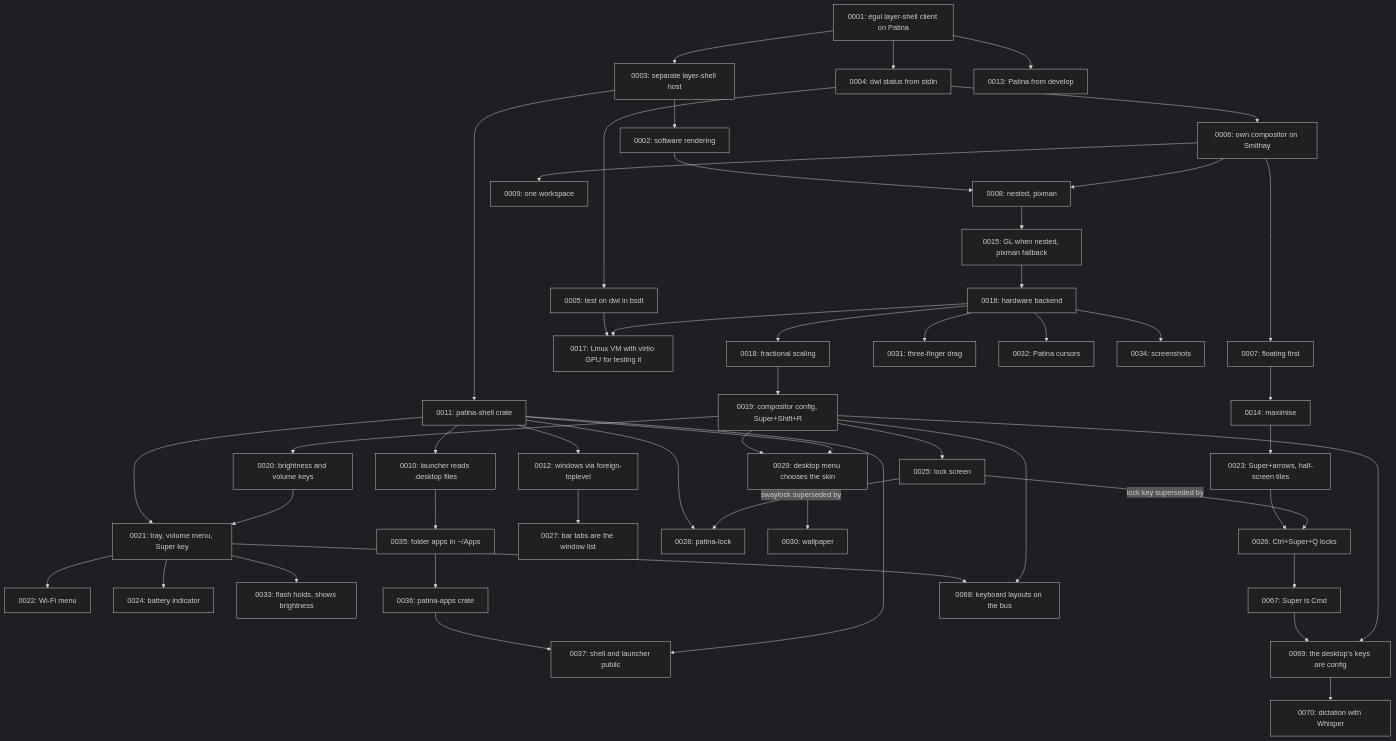
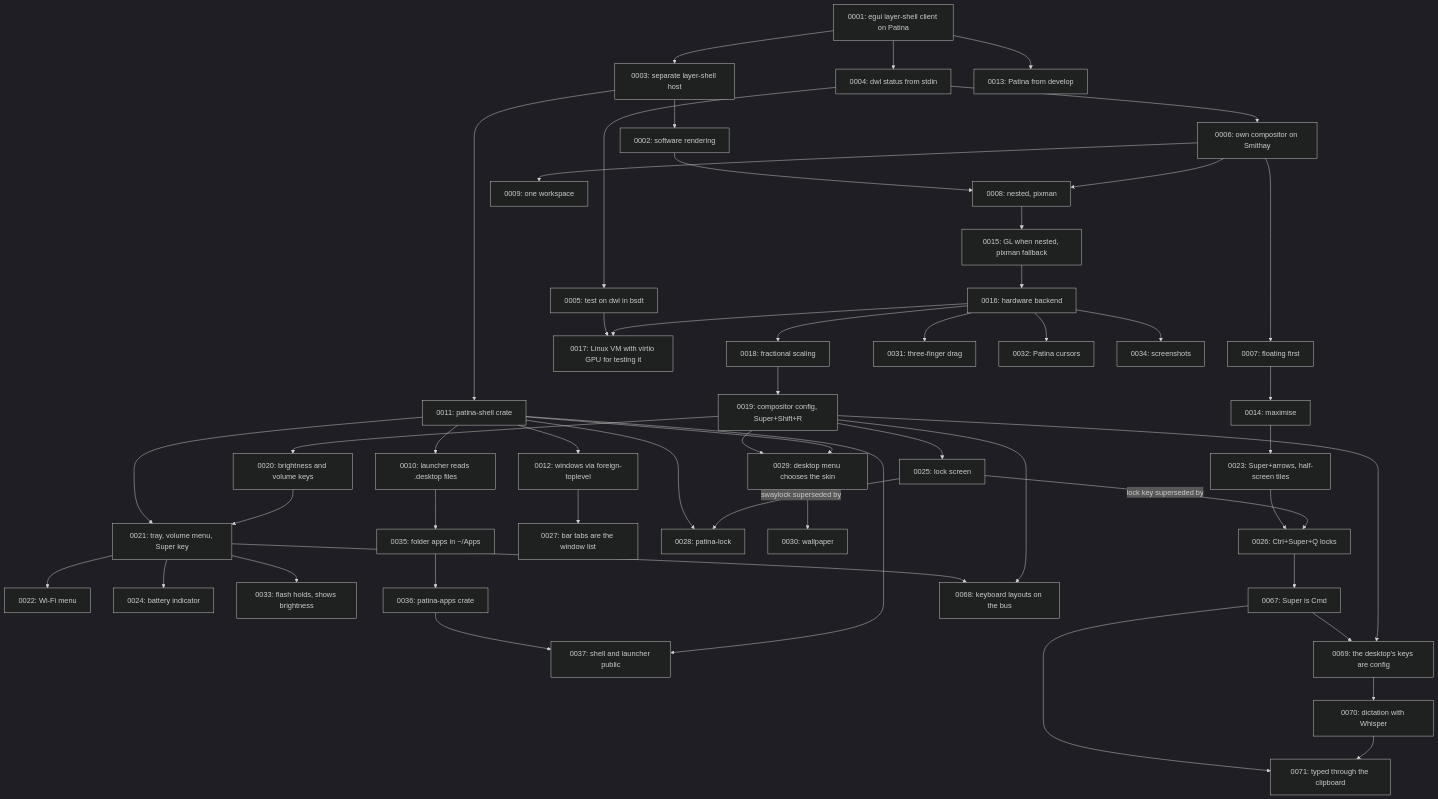
The diagram in docs/adr/README.md (Sector-F-Labs/patina-desktop), drawn with Mermaid (dark theme) before and after one commit. The commit also changed other lines of this file and 10 other files, not shown here.

First line of the commit message:
Commit types a text into the focused window, through the clipboard (ADR-0071)

````diff
--- a/docs/adr/README.md
+++ b/docs/adr/README.md
@@ -118,52 +119,54 @@
 ```mermaid
 flowchart TD
     A[0001: egui layer-shell client on Patina] --> B[0003: separate layer-shell host]
     B --> C[0002: software rendering]
     A --> D[0004: dwl status from stdin]
     D --> E[0005: test on dwl in bsdt]
     D --> F[0006: own compositor on Smithay]
     F --> G[0007: floating first]
     G --> N[0014: maximise]
     N --> W[0023: Super+arrows, half-screen tiles]
     F --> H[0008: nested, pixman]
     H --> O[0015: GL when nested, pixman fallback]
     O --> P[0016: hardware backend]
     P --> Q[0017: Linux VM with virtio GPU for testing it]
     P --> R[0018: fractional scaling]
     R --> S[0019: compositor config, Super+Shift+R]
     S --> T[0020: brightness and volume keys]
     S --> Y[0025: lock screen]
     Y -->|lock key superseded by| Z[0026: Ctrl+Super+Q locks]
     W --> Z
     T --> U[0021: tray, volume menu, Super key]
     U --> V[0022: Wi-Fi menu]
     U --> X[0024: battery indicator]
     K --> U
     E --> Q
     C --> H
     F --> I[0009: one workspace]
     B --> K[0011: patina-shell crate]
     K --> J[0010: launcher reads .desktop files]
     K --> L[0012: windows via foreign-toplevel]
     L --> AA[0027: bar tabs are the window list]
     Y -->|swaylock superseded by| AB[0028: patina-lock]
     K --> AB
     K --> AC[0029: desktop menu chooses the skin]
     S --> AC
     AC --> AD[0030: wallpaper]
     P --> AE[0031: three-finger drag]
     P --> AF[0032: Patina cursors]
     U --> AG[0033: flash holds, shows brightness]
     P --> AH[0034: screenshots]
     J --> AI[0035: folder apps in ~/Apps]
     AI --> AJ[0036: patina-apps crate]
     K --> AK[0037: shell and launcher public]
     AJ --> AK
     A --> M[0013: Patina from develop]
     Z --> CMD[0067: Super is Cmd]
     S --> KB[0068: keyboard layouts on the bus]
     U --> KB
     S --> KEYS[0069: the desktop's keys are config]
     CMD --> KEYS
     KEYS --> DICT[0070: dictation with Whisper]
+    DICT --> TYPE[0071: typed through the clipboard]
+    CMD --> TYPE
 ```
````
